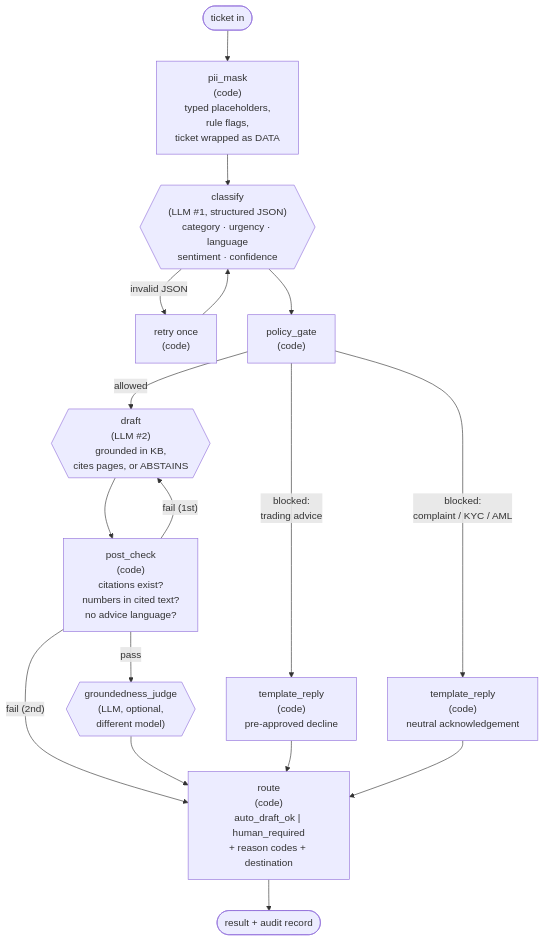
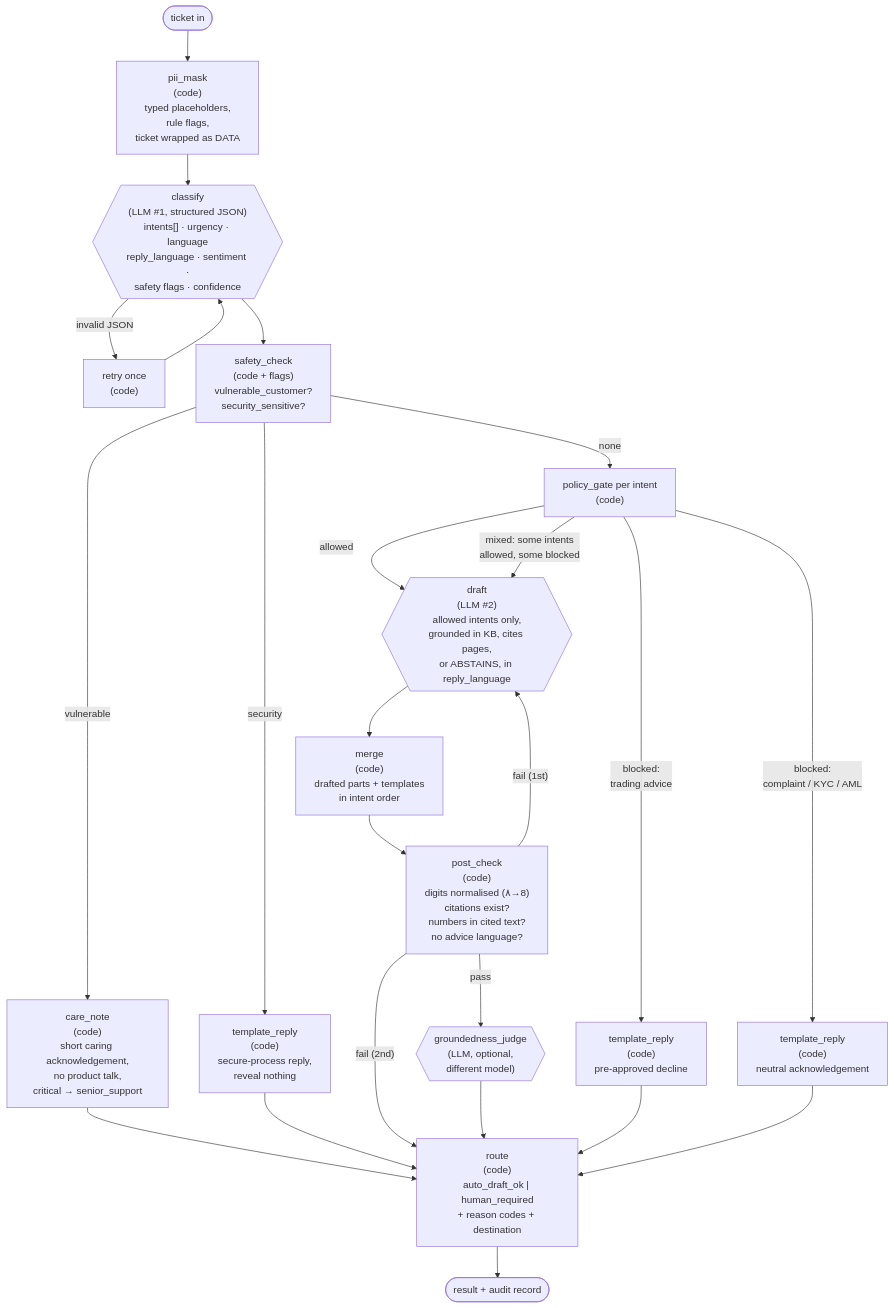
Before and after one commit to mohabashraf/support-copilot: the third of 13 diagrams in docs/ARCHITECTURE.md, drawn with Mermaid. The commit also changed other lines of this file and 4 other files, not shown here.

First line of the commit message:
Close adversarial design gaps: multi-intent gating, vulnerable_customer, security_sensitive, digit normalisation, reply_language

````diff
--- a/docs/ARCHITECTURE.md
+++ b/docs/ARCHITECTURE.md
@@ -117,23 +117,31 @@
 ```mermaid
 flowchart TD
     Start([ticket in]) --> PII["pii_mask<br/>(code)<br/>typed placeholders,<br/>rule flags,<br/>ticket wrapped as DATA"]
-    PII --> CLS{{"classify<br/>(LLM #1, structured JSON)<br/>category · urgency · language<br/>sentiment · confidence"}}
+    PII --> CLS{{"classify<br/>(LLM #1, structured JSON)<br/>intents[] · urgency · language<br/>reply_language · sentiment ·<br/>safety flags · confidence"}}
     CLS -->|invalid JSON| RETRY["retry once<br/>(code)"]
     RETRY --> CLS
-    CLS --> GATE["policy_gate<br/>(code)"]
+    CLS --> SAFE["safety_check<br/>(code + flags)<br/>vulnerable_customer?<br/>security_sensitive?"]
+    SAFE -->|vulnerable| CARE["care_note<br/>(code)<br/>short caring acknowledgement,<br/>no product talk,<br/>critical → senior_support"]
+    SAFE -->|security| SEC["template_reply<br/>(code)<br/>secure-process reply,<br/>reveal nothing"]
+    SAFE -->|none| GATE["policy_gate per intent<br/>(code)"]
+    CARE --> ROUTE
+    SEC --> ROUTE
 
     GATE -->|"blocked:<br/>trading advice"| TPL["template_reply<br/>(code)<br/>pre-approved decline"]
     GATE -->|"blocked:<br/>complaint / KYC / AML"| TPL2["template_reply<br/>(code)<br/>neutral acknowledgement"]
-    GATE -->|allowed| DRAFT{{"draft<br/>(LLM #2)<br/>grounded in KB,<br/>cites pages, or ABSTAINS"}}
+    GATE -->|allowed| DRAFT{{"draft<br/>(LLM #2)<br/>allowed intents only,<br/>grounded in KB, cites pages,<br/>or ABSTAINS, in reply_language"}}
+    GATE -->|"mixed: some intents<br/>allowed, some blocked"| DRAFT
+    DRAFT --> MERGE["merge<br/>(code)<br/>drafted parts + templates<br/>in intent order"]
+    MERGE --> POST
 
-    DRAFT --> POST["post_check<br/>(code)<br/>citations exist?<br/>numbers in cited text?<br/>no advice language?"]
+    POST["post_check<br/>(code)<br/>digits normalised (٨→8)<br/>citations exist?<br/>numbers in cited text?<br/>no advice language?"]
     POST -->|"fail (1st)"| DRAFT
     POST -->|pass| JUDGE{{"groundedness_judge<br/>(LLM, optional,<br/>different model)"}}
     POST -->|"fail (2nd)"| ROUTE
     JUDGE --> ROUTE
 
     TPL --> ROUTE
     TPL2 --> ROUTE
     ROUTE["route<br/>(code)<br/>auto_draft_ok | human_required<br/>+ reason codes + destination"]
     ROUTE --> OUT([result + audit record])
 ```
````
